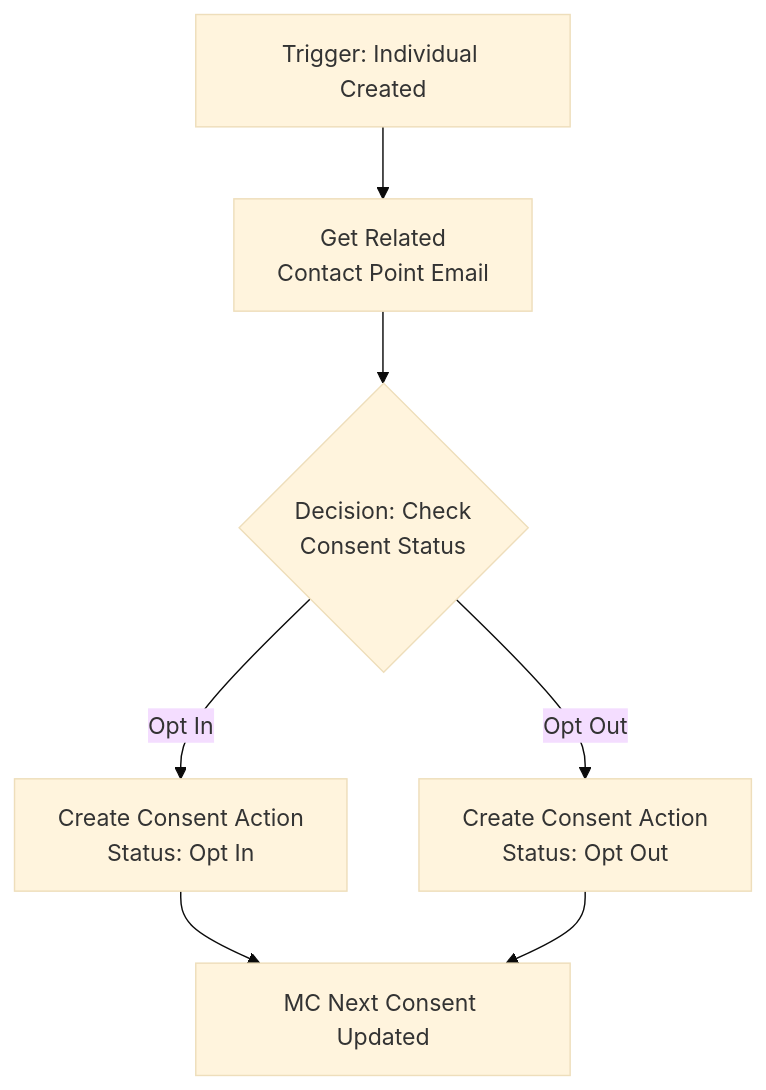
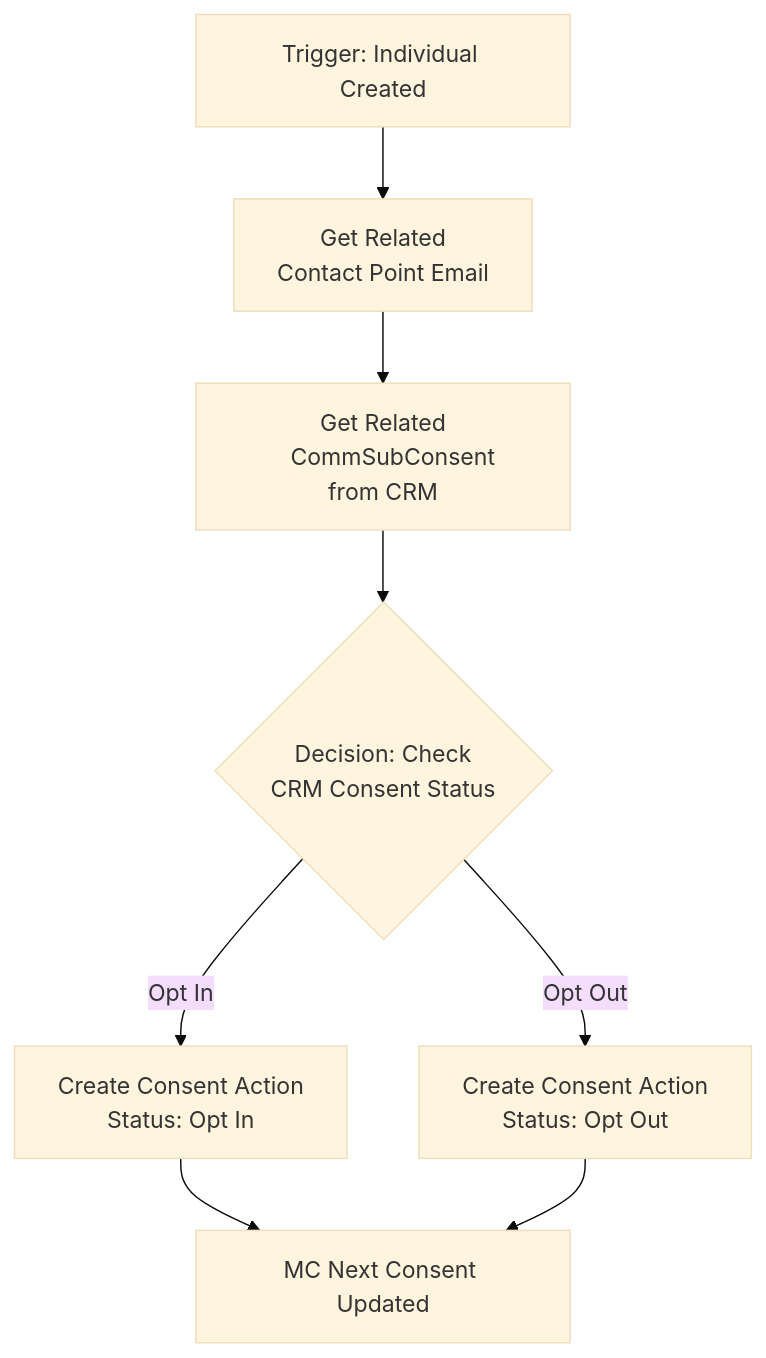
The first of 3 diagrams in src/content/blog/how-to-keep-consent-in-sync-between-salesforce-data-360-and-marketing-cloud-next.mdx (hipoliciak/modrzejewski_it_website), drawn with Mermaid (base theme) before and after one commit. The commit also changed other lines of this file and 6 other files, not shown here.

Commit message:
Updated consent-related blog post

````diff
--- a/src/content/blog/how-to-keep-consent-in-sync-between-salesforce-data-360-and-marketing-cloud-next.mdx
+++ b/src/content/blog/how-to-keep-consent-in-sync-between-salesforce-data-360-and-marketing-cloud-next.mdx
@@ -45,13 +45,15 @@
 ```mermaid
 graph TD
     A[Trigger: Individual Created] --> B[Get Related
     Contact Point Email]
-    B --> C{Decision: Check
-    Consent Status}
-    C -- Opt In --> D["Create Consent Action
+    B --> C[Get Related
+    CommSubConsent from CRM]
+    C --> D{Decision: Check
+    CRM Consent Status}
+    D -- Opt In --> E["Create Consent Action
     Status: Opt In"]
-    C -- Opt Out --> E["Create Consent Action
+    D -- Opt Out --> F["Create Consent Action
     Status: Opt Out"]
-    D --> F[MC Next Consent Updated]
-    E --> F
+    E --> G[MC Next Consent Updated]
+    F --> G
 ```
````
